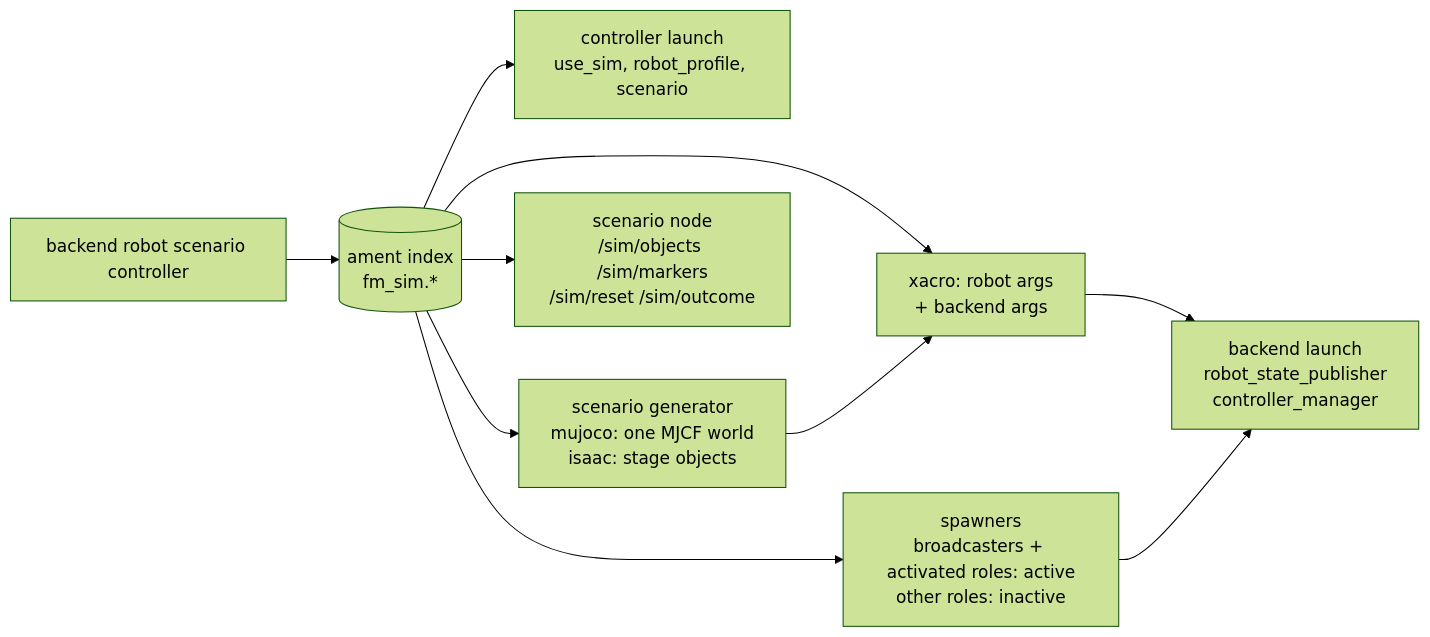
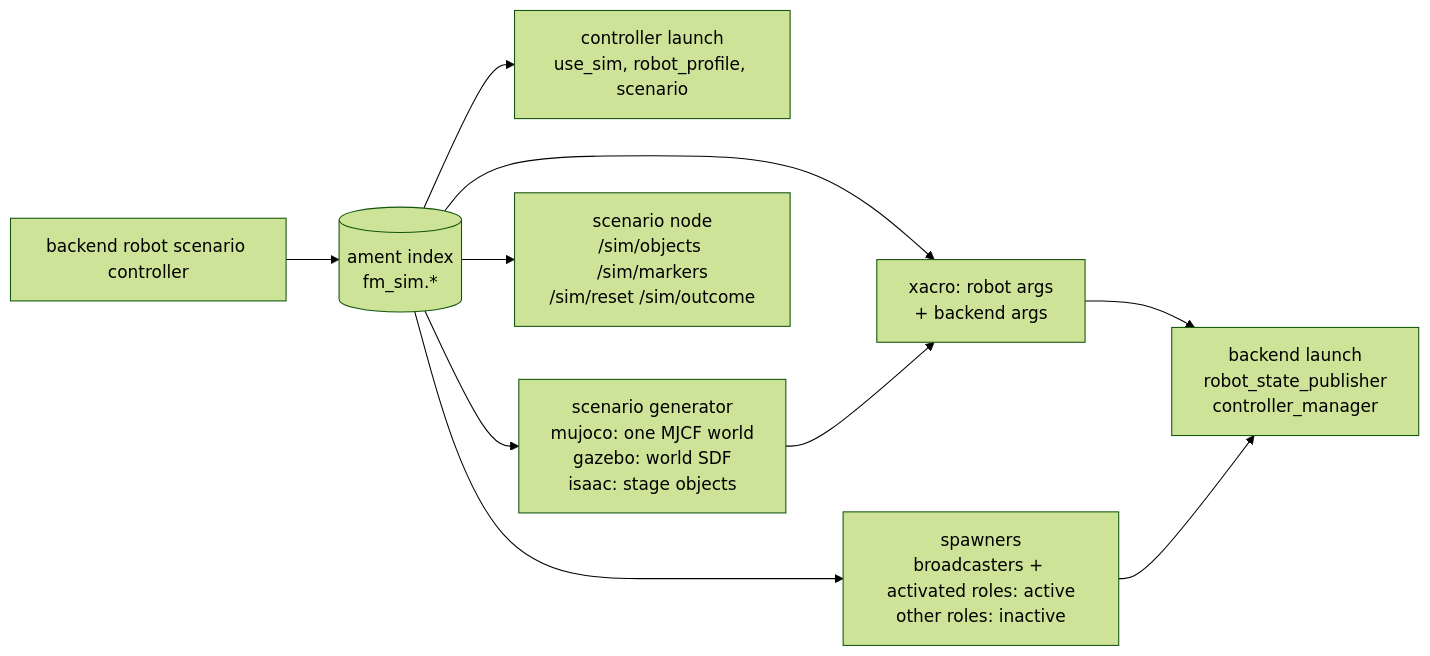
The first of 2 diagrams in fm_sim_bringup/README.md (first-motive/fm-sim), drawn with Mermaid (forest theme) before and after one commit. The commit also changed other lines of this file and 29 other files, not shown here.

Commit message:
feat: add gazebo scenario generator and cameras

````diff
--- a/fm_sim_bringup/README.md
+++ b/fm_sim_bringup/README.md
@@ -32,12 +32,12 @@
 ```mermaid
 flowchart LR
     args["backend robot scenario controller"] --> idx[(ament index<br/>fm_sim.*)]
     idx --> desc["xacro: robot args<br/>+ backend args"]
     desc --> be["backend launch<br/>robot_state_publisher<br/>controller_manager"]
     idx --> sp["spawners<br/>broadcasters + activated roles: active<br/>other roles: inactive"]
     sp --> be
     idx --> ctl["controller launch<br/>use_sim, robot_profile, scenario"]
-    idx --> gen["scenario generator<br/>mujoco: one MJCF world<br/>isaac: stage objects"]
+    idx --> gen["scenario generator<br/>mujoco: one MJCF world<br/>gazebo: world SDF<br/>isaac: stage objects"]
     gen --> desc
     idx --> sn["scenario node<br/>/sim/objects /sim/markers<br/>/sim/reset /sim/outcome"]
 ```
````
